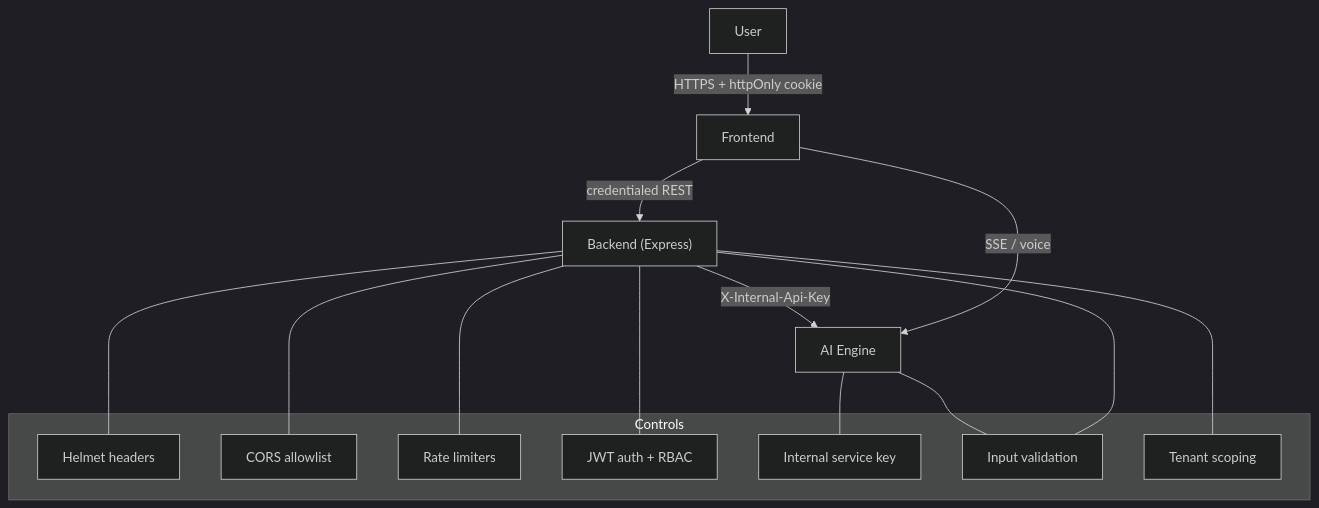
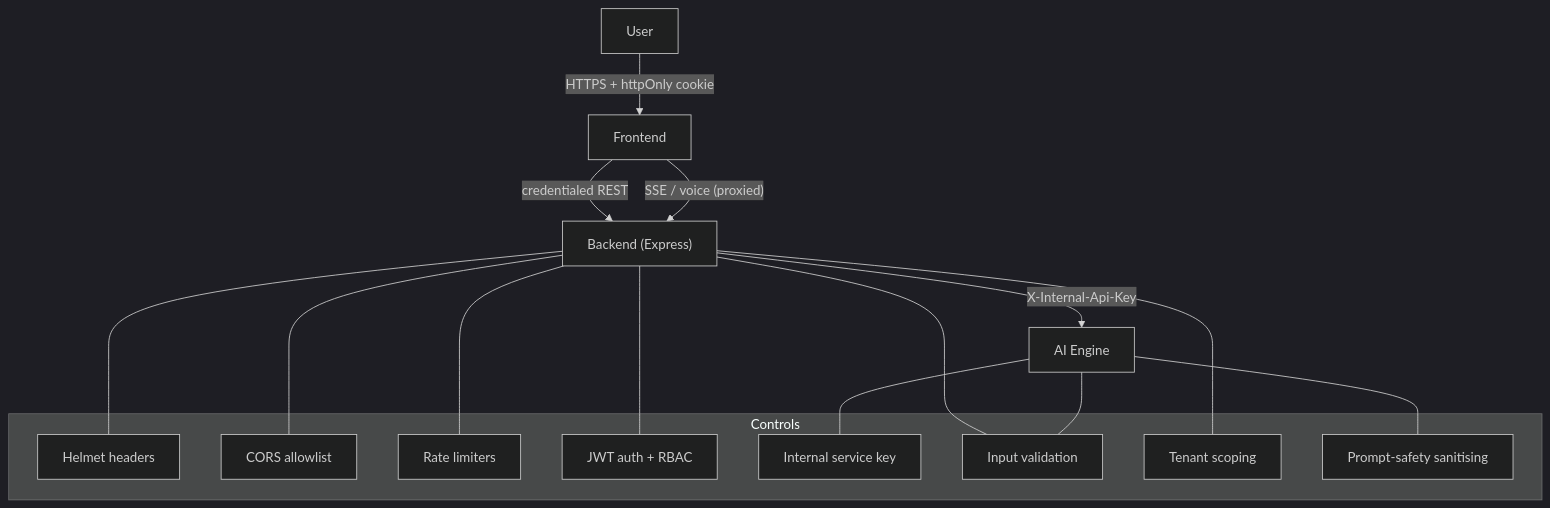
One commit to srinivaspanneerlm-cyber/Aegis-Insurance-Agent changed the diagram in SECURITY.md. Above: the diagram before and after it, drawn with Mermaid (dark theme). The commit also changed other lines of this file and 4 other files, not shown here.

````diff
--- a/SECURITY.md
+++ b/SECURITY.md
@@ -19,24 +19,26 @@
 ```mermaid
 graph TD
     U["User"] -->|HTTPS + httpOnly cookie| FE["Frontend"]
     FE -->|credentialed REST| BE["Backend (Express)"]
-    FE -->|SSE / voice| AI["AI Engine"]
-    BE -->|X-Internal-Api-Key| AI
+    FE -->|"SSE / voice (proxied)"| BE
+    BE -->|X-Internal-Api-Key| AI["AI Engine"]
     subgraph Controls
       H["Helmet headers"]
       C["CORS allowlist"]
       RL["Rate limiters"]
       A["JWT auth + RBAC"]
       I["Internal service key"]
       V["Input validation"]
       T["Tenant scoping"]
+      P["Prompt-safety sanitising"]
     end
     BE --- H
     BE --- C
     BE --- RL
     BE --- A
     BE --- V
     BE --- T
     AI --- I
     AI --- V
+    AI --- P
 ```
````
